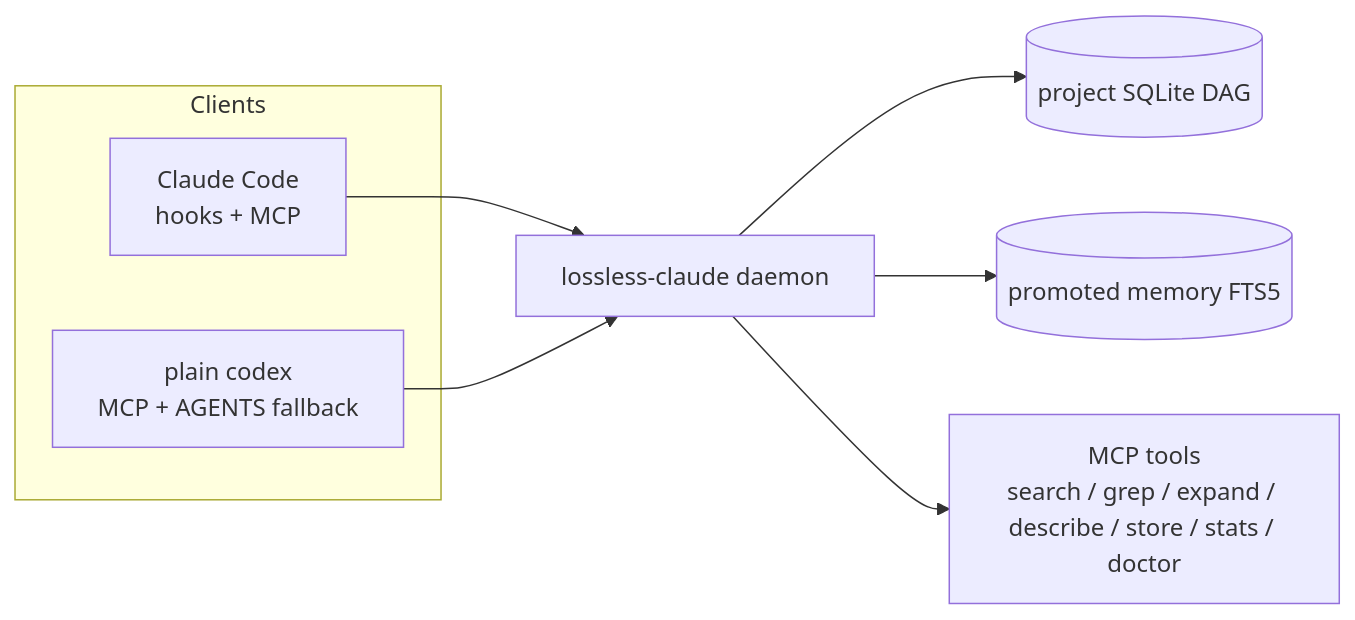
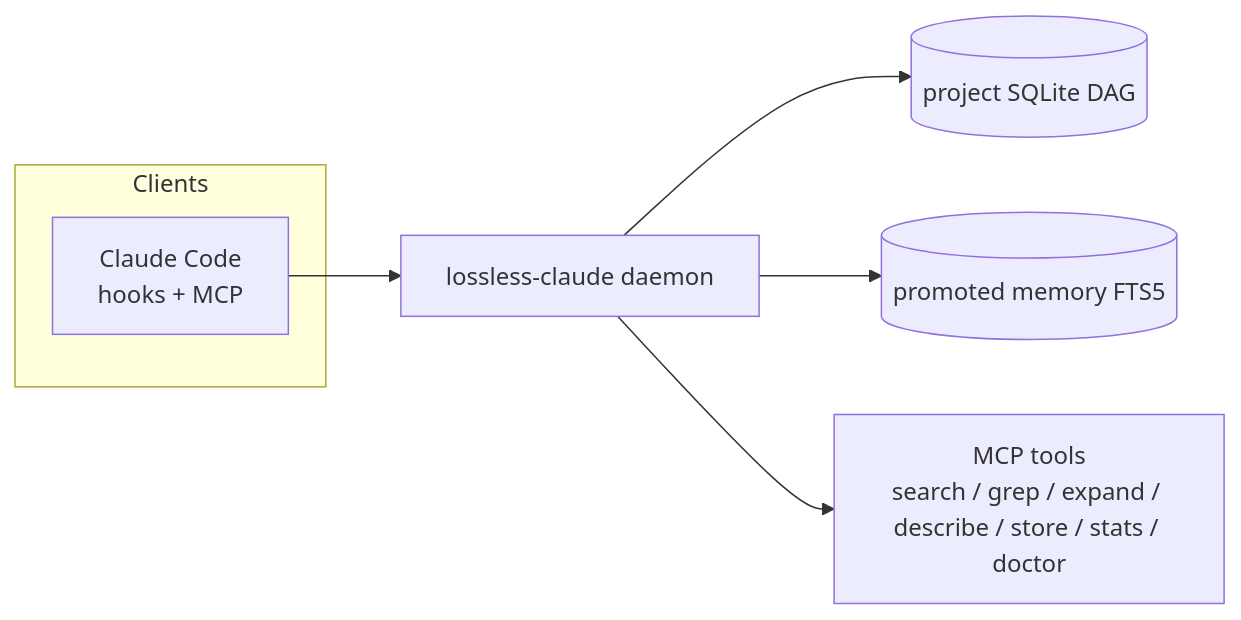
One commit to ipedro/lossless-claude changed the first of 3 diagrams in README.md. Above: the diagram before and after it, drawn with Mermaid. The commit also changed other lines of this file and 2 other files, not shown here.

First line of the commit message:
docs: remove Codex wrapper references from README

````diff
--- a/README.md
+++ b/README.md
@@ -40,14 +40,12 @@
 ```mermaid
 flowchart LR
   subgraph Clients["Clients"]
     CC["Claude Code<br/>hooks + MCP"]
-    PC["plain codex<br/>MCP + AGENTS fallback"]
   end
 
   CC --> D["lossless-claude daemon"]
-  PC --> D
 
   D --> DB[("project SQLite DAG")]
   D --> PM[("promoted memory FTS5")]
   D --> TOOLS["MCP tools<br/>search / grep / expand / describe / store / stats / doctor"]
 ```
````
